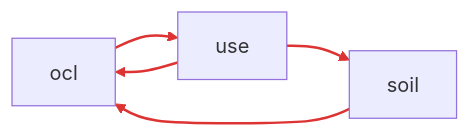
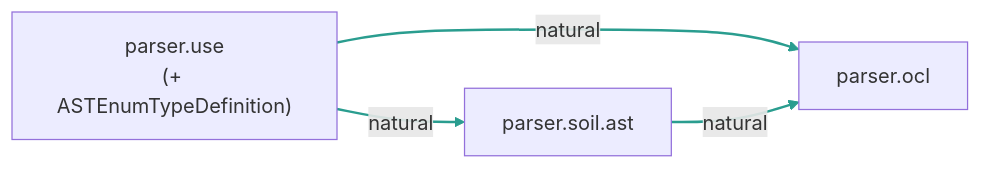
The tenth of 13 diagrams in README_nghiabt_notes_on_this_pr/nghiabt_notes_on_this_pr.md (useocl/use), drawn with Mermaid before and after one commit. The commit also changed other lines of this file and 5 other files, not shown here.

````diff
--- a/README_nghiabt_notes_on_this_pr/nghiabt_notes_on_this_pr.md
+++ b/README_nghiabt_notes_on_this_pr/nghiabt_notes_on_this_pr.md
@@ -248,11 +296,7 @@
 ```mermaid
 flowchart LR
-    ocl["ocl"]
-    use["use"]
-    soil["soil"]
-    ocl --> use
-    use --> ocl
-    use --> soil
-    soil --> ocl
-    linkStyle 0,1,2,3 stroke:#d33,stroke-width:2px
+    use["parser.use<br/>(+ ASTEnumTypeDefinition)"] -->|"natural"| ocl["parser.ocl"]
+    use -->|"natural"| soil["parser.soil.ast"]
+    soil -->|"natural"| ocl
+    linkStyle 0,1,2 stroke:#2a9d8f,stroke-width:2px
 ```
````
